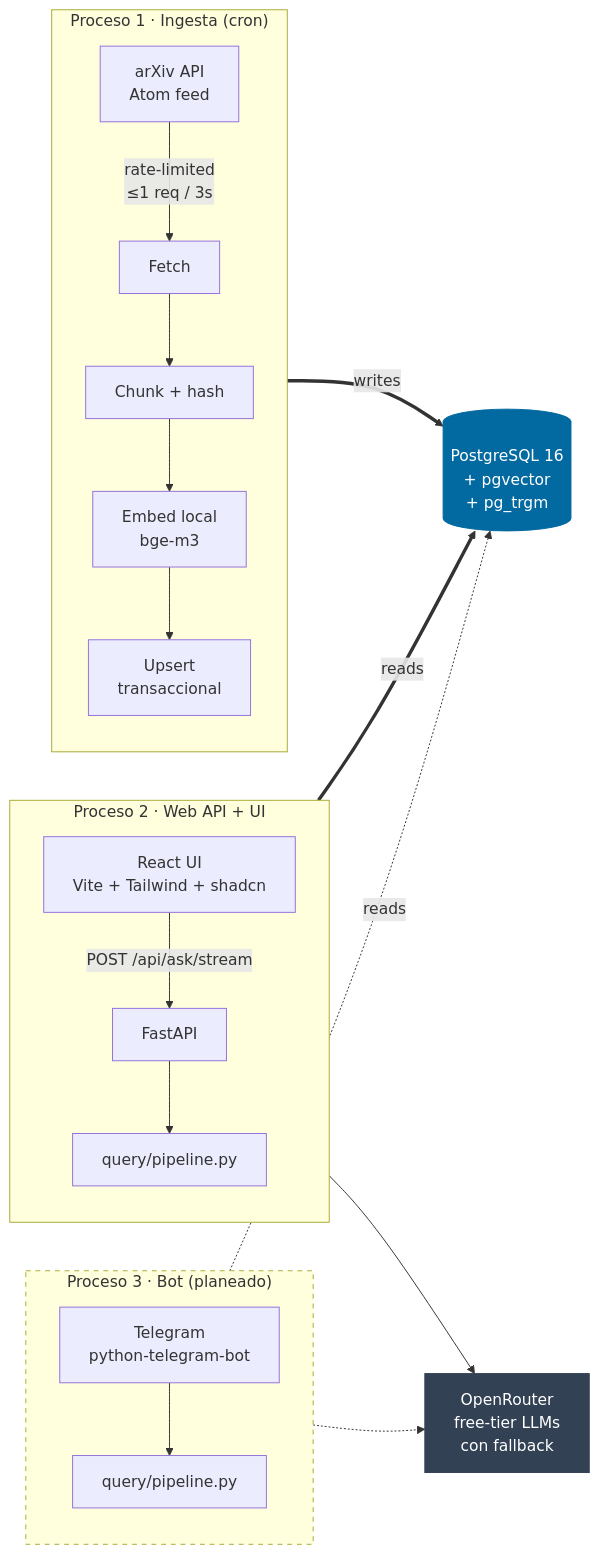
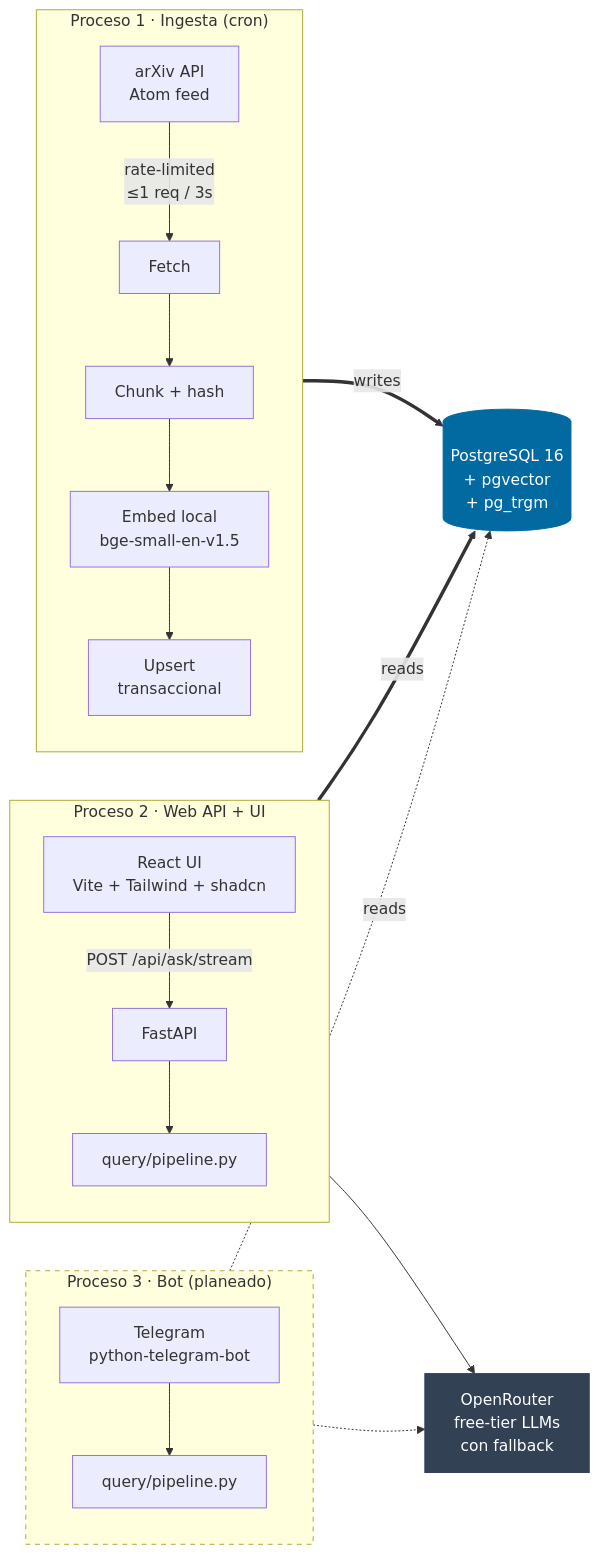
Before and after one commit to LeanAlvarez/rag_science_questions: the diagram in README.md, drawn with Mermaid. The commit also changed other lines of this file and 7 other files, not shown here.

Commit message:
Switch to lightweight models (bge-small, MiniLM) for VPS deploy

````diff
--- a/README.md
+++ b/README.md
@@ -36,32 +36,32 @@
 ```mermaid
 flowchart LR
     subgraph P1["Proceso 1 · Ingesta (cron)"]
         direction TB
         A[arXiv API<br/>Atom feed] -->|rate-limited<br/>≤1 req / 3s| F[Fetch]
         F --> CH[Chunk + hash]
-        CH --> E[Embed local<br/>bge-m3]
+        CH --> E[Embed local<br/>bge-small-en-v1.5]
         E --> UP[Upsert<br/>transaccional]
     end
 
     subgraph P2["Proceso 2 · Web API + UI"]
         direction TB
         UI[React UI<br/>Vite + Tailwind + shadcn] -->|POST /api/ask/stream| API[FastAPI]
         API --> Q1[query/pipeline.py]
     end
 
     subgraph P3["Proceso 3 · Bot (planeado)"]
         direction TB
         TG[Telegram<br/>python-telegram-bot] --> Q2[query/pipeline.py]
     end
 
     UP ==writes==> DB[(PostgreSQL 16<br/>+ pgvector<br/>+ pg_trgm)]
     Q1 ==reads==> DB
     Q2 -.reads.-> DB
 
     Q1 --> OR[OpenRouter<br/>free-tier LLMs<br/>con fallback]
     Q2 -.-> OR
 
     style DB fill:#0369a1,color:#fff,stroke:#0369a1
     style OR fill:#334155,color:#fff,stroke:#334155
     style P3 stroke-dasharray: 5 5
 ```
````
